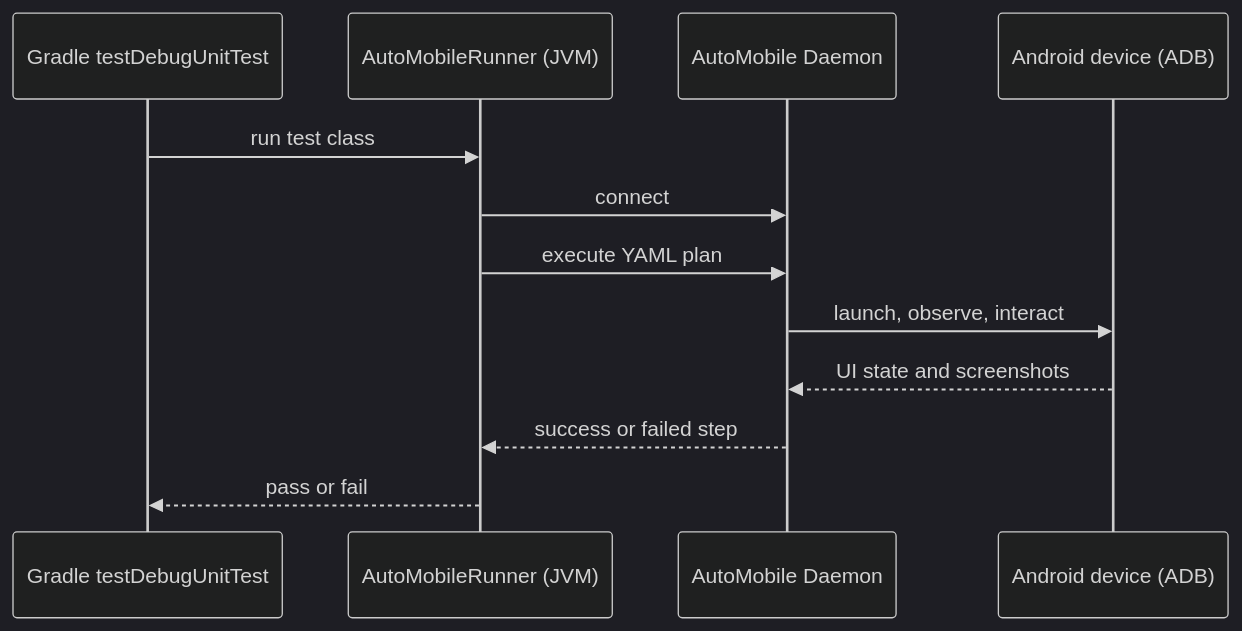
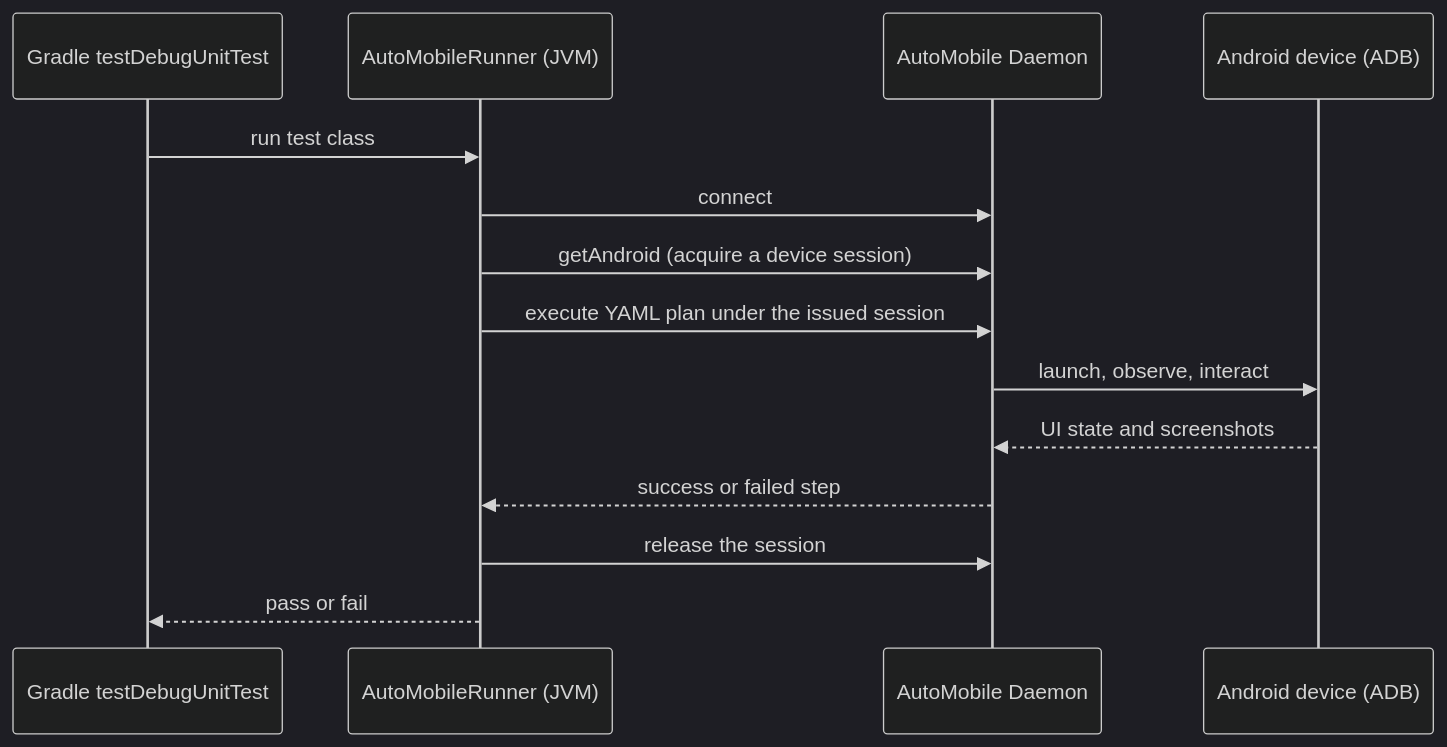
Before and after one commit to kaeawc/auto-mobile: the first of 2 diagrams in docs/how-it-works/plat/android/junit-runner/index.md, drawn with Mermaid (dark theme). The commit also changed other lines of this file and 16 other files, not shown here.

First line of the commit message:
fix(junit-runner): run each plan attempt under a getAndroid-issued session (#18224)

````diff
--- a/docs/how-it-works/plat/android/junit-runner/index.md
+++ b/docs/how-it-works/plat/android/junit-runner/index.md
@@ -14,15 +14,17 @@
 ```mermaid
 sequenceDiagram
   participant Gradle as Gradle testDebugUnitTest
   participant Runner as AutoMobileRunner (JVM)
   participant Daemon as AutoMobile Daemon
   participant Device as Android device (ADB)
 
   Gradle->>Runner: run test class
   Runner->>Daemon: connect
-  Runner->>Daemon: execute YAML plan
+  Runner->>Daemon: getAndroid (acquire a device session)
+  Runner->>Daemon: execute YAML plan under the issued session
   Daemon->>Device: launch, observe, interact
   Device-->>Daemon: UI state and screenshots
   Daemon-->>Runner: success or failed step
+  Runner->>Daemon: release the session
   Runner-->>Gradle: pass or fail
 ```
````
